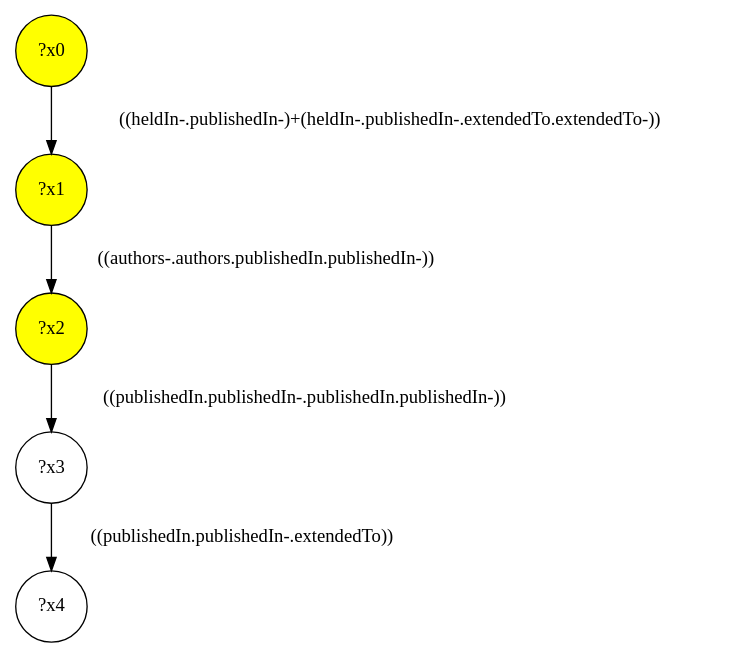
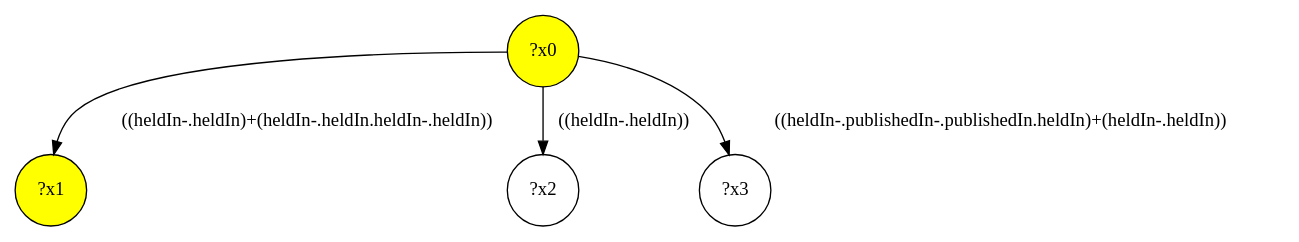
Before and after one commit to gbagan/gmark: the diagram in demo/test-a/test-a-interface/query-43.dot, drawn with Graphviz. The commit also changed 707 other files, not shown here.

```diff
--- a/demo/test-a/test-a-interface/query-43.dot
+++ b/demo/test-a/test-a-interface/query-43.dot
@@ -1,11 +1,9 @@
 digraph g {
-	x2 [fillcolor="yellow", style="filled," shape=circle, label="?x2"];
+	x0 [fillcolor="yellow", style="filled," shape=circle, label="?x0"];
 	x1 [fillcolor="yellow", style="filled," shape=circle, label="?x1"];
-	x0 [fillcolor="yellow", style="filled," shape=circle, label="?x0"];
-	x0 -> x1 [label="((heldIn-.publishedIn-)+(heldIn-.publishedIn-.extendedTo.extendedTo-))"];
-	x1 -> x2 [label="((authors-.authors.publishedIn.publishedIn-))"];
+	x0 -> x1 [label="((heldIn-.heldIn)+(heldIn-.heldIn.heldIn-.heldIn))"];
+	x2 [shape=circle, label="?x2"];
+	x0 -> x2 [label="((heldIn-.heldIn))"];
 	x3 [shape=circle, label="?x3"];
-	x2 -> x3 [label="((publishedIn.publishedIn-.publishedIn.publishedIn-))"];
-	x4 [shape=circle, label="?x4"];
-	x3 -> x4 [label="((publishedIn.publishedIn-.extendedTo))"];
+	x0 -> x3 [label="((heldIn-.publishedIn-.publishedIn.heldIn)+(heldIn-.heldIn))"];
 }
```
